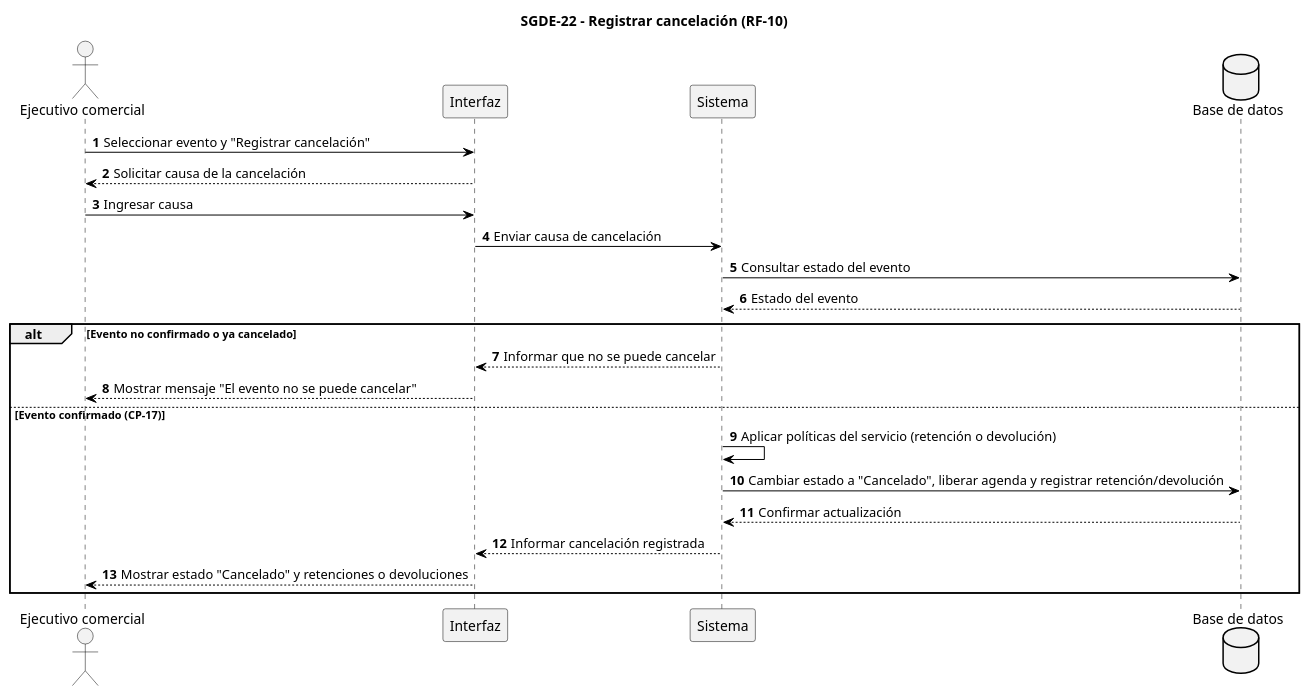
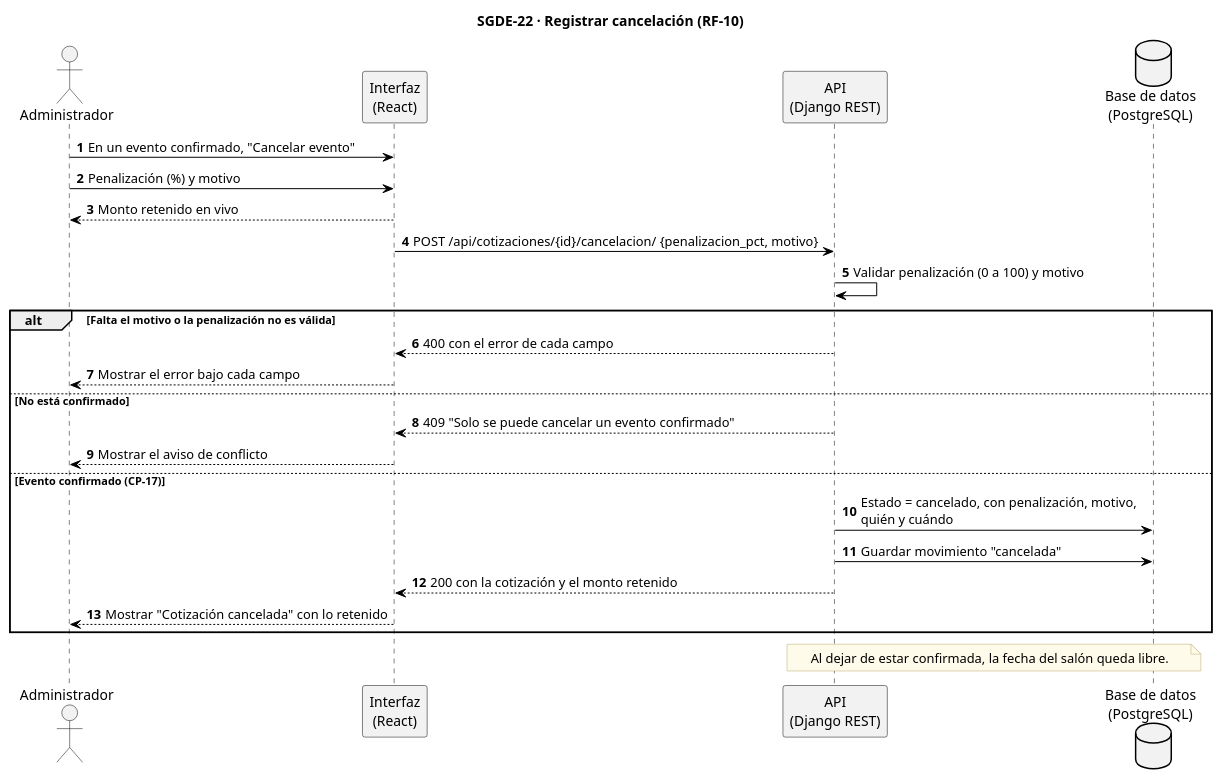
Before and after one commit to AndreCamx2/Gestion-De-Eventos: the diagram in docs/diagramas_secuencia_sgde_v3/SGDE-22_Registrar_cancelacion_secuencia.puml, drawn with PlantUML. The commit also changed 172 other files, not shown here.

First line of the commit message:
docs(diagramas): alinear los diagramas con el sistema construido

```diff
--- a/docs/diagramas_secuencia_sgde_v3/SGDE-22_Registrar_cancelacion_secuencia.puml
+++ b/docs/diagramas_secuencia_sgde_v3/SGDE-22_Registrar_cancelacion_secuencia.puml
@@ -1,40 +1,47 @@
 @startuml SGDE-22_Registrar_cancelacion_secuencia
-title SGDE-22 - Registrar cancelación (RF-10)
+title SGDE-22 · Registrar cancelación (RF-10)
 skinparam backgroundColor white
 skinparam sequence {
   ArrowColor black
   LifeLineBorderColor black
   ParticipantBorderColor black
   ParticipantBackgroundColor #F2F2F2
   ActorBorderColor black
   ActorBackgroundColor #F2F2F2
 }
 skinparam database {
   BackgroundColor #F2F2F2
   BorderColor black
 }
+skinparam note {
+  BackgroundColor #FFFBEA
+  BorderColor #B8A86B
+}
 autonumber
 
-actor "Ejecutivo comercial" as EC
-participant "Interfaz" as UI
-participant "Sistema" as SI
-database "Base de datos" as BD
+actor "Administrador" as AD
+participant "Interfaz\n(React)" as UI
+participant "API\n(Django REST)" as SI
+database "Base de datos\n(PostgreSQL)" as BD
 
-EC -> UI : Seleccionar evento y "Registrar cancelación"
-UI --> EC : Solicitar causa de la cancelación
-EC -> UI : Ingresar causa
-UI -> SI : Enviar causa de cancelación
-SI -> BD : Consultar estado del evento
-BD --> SI : Estado del evento
-
-alt Evento no confirmado o ya cancelado
-  SI --> UI : Informar que no se puede cancelar
-  UI --> EC : Mostrar mensaje "El evento no se puede cancelar"
+AD -> UI : En un evento confirmado, "Cancelar evento"
+AD -> UI : Penalización (%) y motivo
+UI --> AD : Monto retenido en vivo
+UI -> SI : POST /api/cotizaciones/{id}/cancelacion/ {penalizacion_pct, motivo}
+SI -> SI : Validar penalización (0 a 100) y motivo
+alt Falta el motivo o la penalización no es válida
+  SI --> UI : 400 con el error de cada campo
+  UI --> AD : Mostrar el error bajo cada campo
+else No está confirmado
+  SI --> UI : 409 "Solo se puede cancelar un evento confirmado"
+  UI --> AD : Mostrar el aviso de conflicto
 else Evento confirmado (CP-17)
-  SI -> SI : Aplicar políticas del servicio (retención o devolución)
-  SI -> BD : Cambiar estado a "Cancelado", liberar agenda y registrar retención/devolución
-  BD --> SI : Confirmar actualización
-  SI --> UI : Informar cancelación registrada
-  UI --> EC : Mostrar estado "Cancelado" y retenciones o devoluciones
+  SI -> BD : Estado = cancelado, con penalización, motivo,\nquién y cuándo
+  SI -> BD : Guardar movimiento "cancelada"
+  SI --> UI : 200 con la cotización y el monto retenido
+  UI --> AD : Mostrar "Cotización cancelada" con lo retenido
 end
+note over SI, BD
+  Al dejar de estar confirmada, la fecha del salón queda libre.
+end note
 @enduml
```
